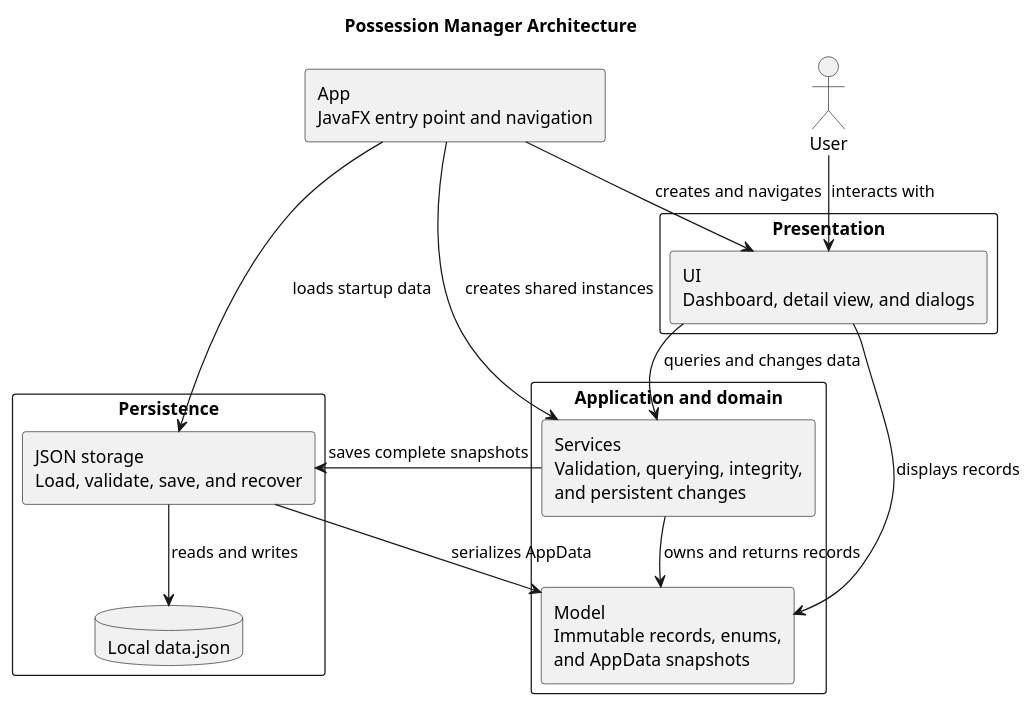
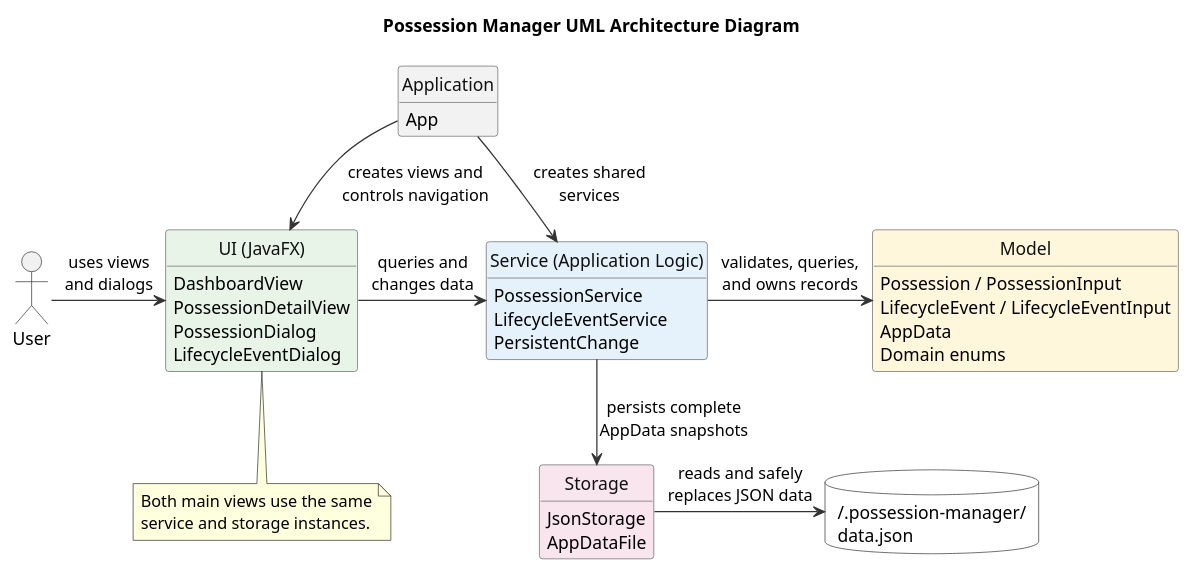
Before and after one commit to haowern98/CS3227-2610-MP1: the diagram in docs/diagrams/architecture.puml, drawn with PlantUML. The commit also changed 3 other files, not shown here.

First line of the commit message:
docs: Revise Developer Guide architecture

```diff
--- a/docs/diagrams/architecture.puml
+++ b/docs/diagrams/architecture.puml
@@ -1,43 +1,69 @@
 @startuml
-title Possession Manager Architecture
+title Possession Manager UML Architecture Diagram
 
+allowmixing
 !pragma layout smetana
-
-skinparam backgroundColor white
-skinparam componentStyle rectangle
-skinparam defaultFontName Arial
-skinparam shadowing false
-skinparam packageStyle rectangle
 
 top to bottom direction
 
+skinparam backgroundColor white
+skinparam defaultFontName Arial
+skinparam shadowing false
+skinparam classAttributeIconSize 0
+skinparam nodesep 65
+skinparam ranksep 70
+skinparam ArrowColor #333333
+skinparam ClassBorderColor #555555
+skinparam ClassFontColor #111111
+
+hide methods
+hide stereotypes
+hide circle
+
 actor User
 
-component "App\nJavaFX entry point and navigation" as App
-
-package "Presentation" {
-    component "UI\nDashboard, detail view, and dialogs" as UI
+class "Application" as Application #F2F2F2 {
+    App
 }
 
-package "Application and domain" {
-    component "Services\nValidation, querying, integrity,\nand persistent changes" as Services
-    component "Model\nImmutable records, enums,\nand AppData snapshots" as Model
+class "UI (JavaFX)" as UI #E8F4E8 {
+    DashboardView
+    PossessionDetailView
+    PossessionDialog
+    LifecycleEventDialog
 }
 
-package "Persistence" {
-    component "JSON storage\nLoad, validate, save, and recover" as Storage
-    database "Local data.json" as DataFile
+class "Service (Application Logic)" as Service #E5F1FB {
+    PossessionService
+    LifecycleEventService
+    PersistentChange
 }
 
-User --> UI : interacts with
-App --> UI : creates and navigates
-App --> Services : creates shared instances
-App --> Storage : loads startup data
-UI --> Services : queries and changes data
-UI --> Model : displays records
-Services --> Model : owns and returns records
-Services --> Storage : saves complete snapshots
-Storage --> Model : serializes AppData
-Storage --> DataFile : reads and writes
+class "Model" as Model #FFF7DC {
+    Possession / PossessionInput
+    LifecycleEvent / LifecycleEventInput
+    AppData
+    Domain enums
+}
+
+class "Storage" as Storage #F9E5EE {
+    JsonStorage
+    AppDataFile
+}
+
+database "~/.possession-manager/\ndata.json" as DataFile #FFFFFF
+
+User -right-> UI : uses views\nand dialogs
+UI -right-> Service : queries and\nchanges data
+Service -right-> Model : validates, queries,\nand owns records
+Application -down-> UI : creates views and\ncontrols navigation
+Application -right-> Service : creates shared\nservices
+Service -down-> Storage : persists complete\nAppData snapshots
+Storage -right-> DataFile : reads and safely\nreplaces JSON data
+
+note bottom of UI
+Both main views use the same
+service and storage instances.
+end note
 
 @enduml
```
